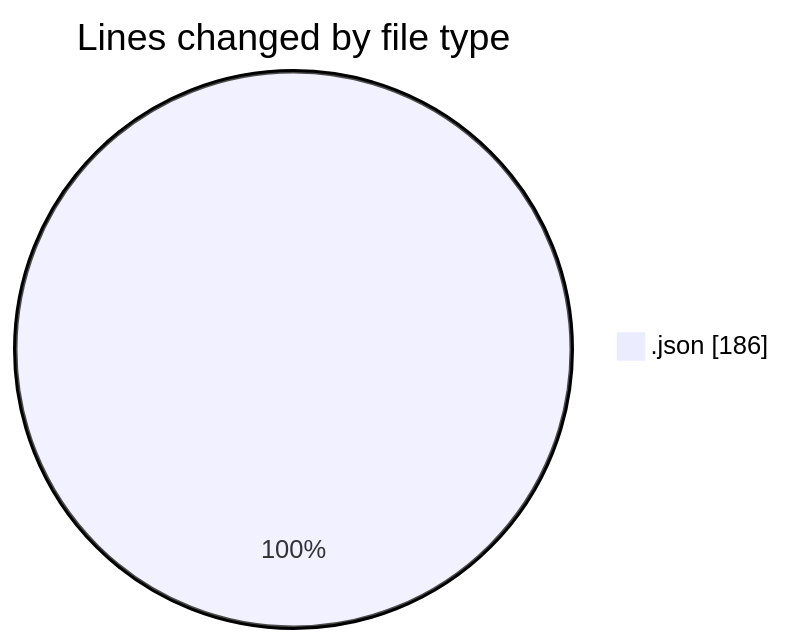
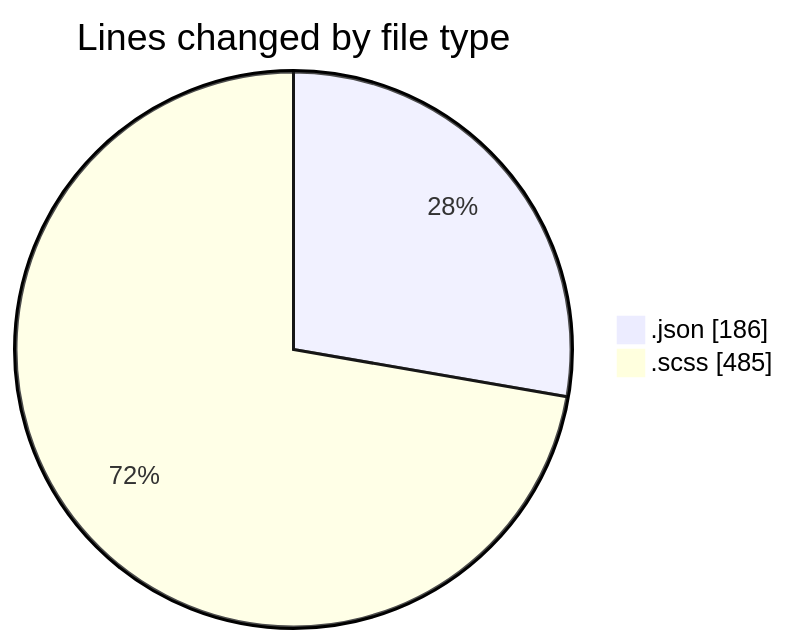
The first of 2 diagrams in 2026-08-11/cda/README.md (momahboobian/code-tracking), drawn with Mermaid before and after one commit. The commit also changed other lines of this file and 1 other file, not shown here.

````diff
--- a/2026-08-11/cda/README.md
+++ b/2026-08-11/cda/README.md
@@ -20,5 +21,6 @@
 ```mermaid
 pie showData
 title Lines changed by file type
 ".json" : 186
+".scss" : 485
 ```
````
